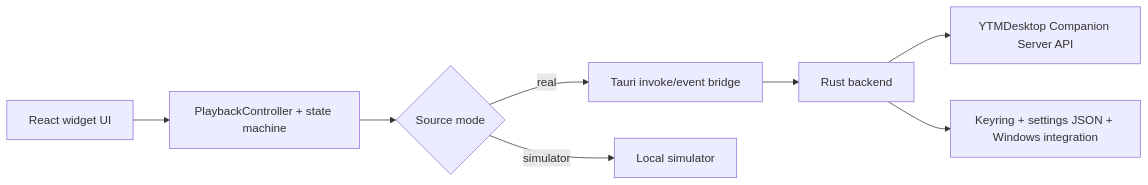
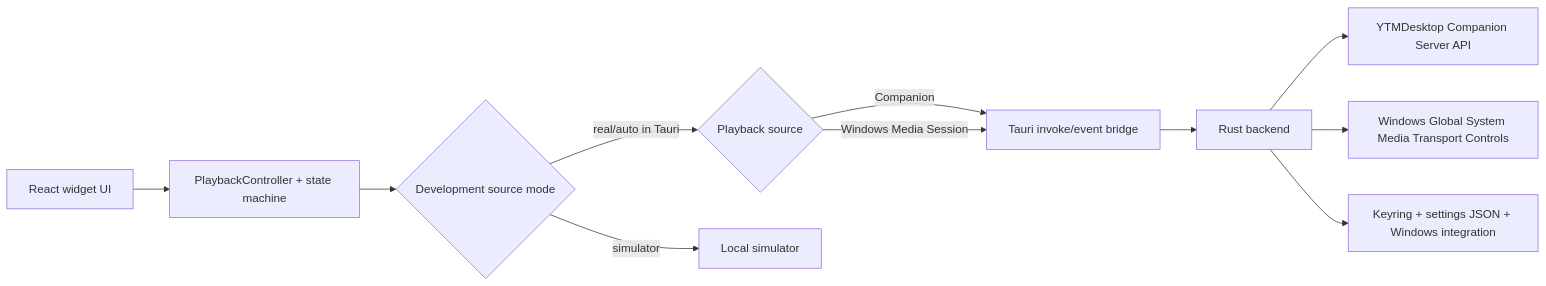
The diagram in ARCHITECTURE.md (lgg/yt-desktop-widget), drawn with Mermaid before and after one commit. The commit also changed other lines of this file and 40 other files, not shown here.

Commit message:
feat: add Windows Media Session playback source

````diff
--- a/ARCHITECTURE.md
+++ b/ARCHITECTURE.md
@@ -87,10 +90,13 @@
 ```mermaid
 flowchart LR
   UI["React widget UI"] --> Domain["PlaybackController + state machine"]
-  Domain --> Gateway{"Source mode"}
-  Gateway -->|real| Bridge["Tauri invoke/event bridge"]
+  Domain --> Gateway{"Development source mode"}
+  Gateway -->|real/auto in Tauri| Product{"Playback source"}
   Gateway -->|simulator| Sim["Local simulator"]
+  Product -->|Companion| Bridge["Tauri invoke/event bridge"]
+  Product -->|Windows Media Session| Bridge
   Bridge --> Rust["Rust backend"]
   Rust --> Companion["YTMDesktop Companion Server API"]
+  Rust --> WMS["Windows Global System Media Transport Controls"]
   Rust --> Storage["Keyring + settings JSON + Windows integration"]
 ```
````
